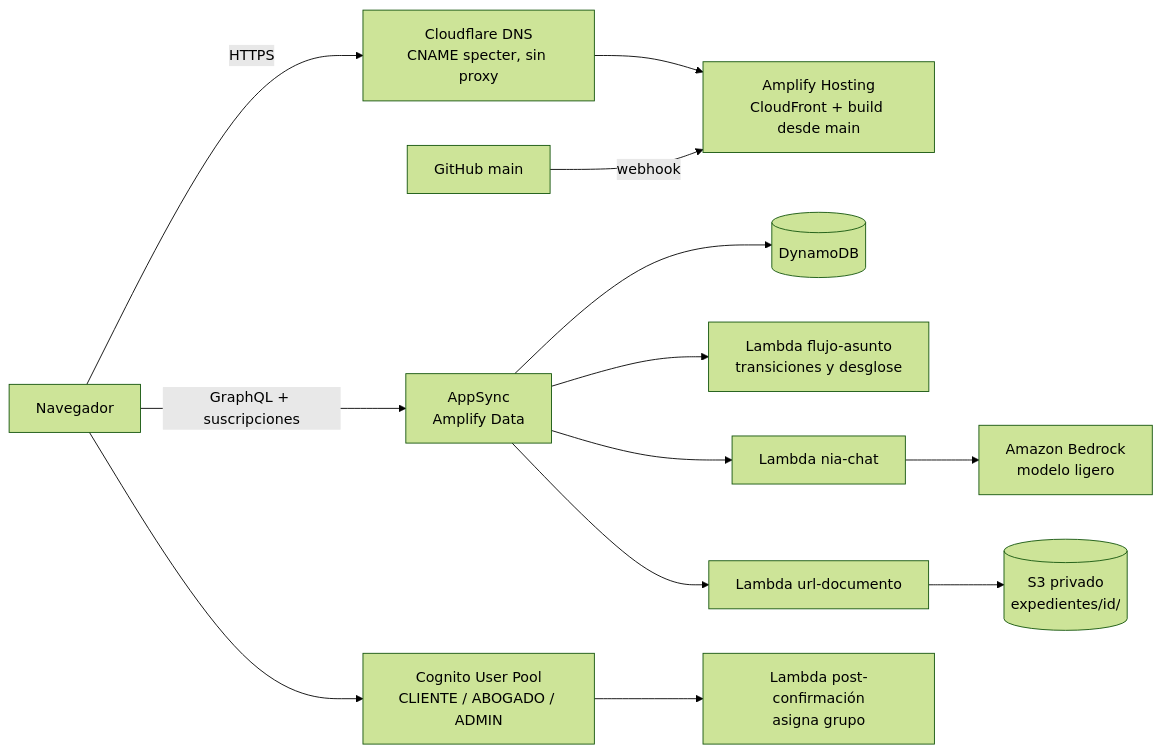
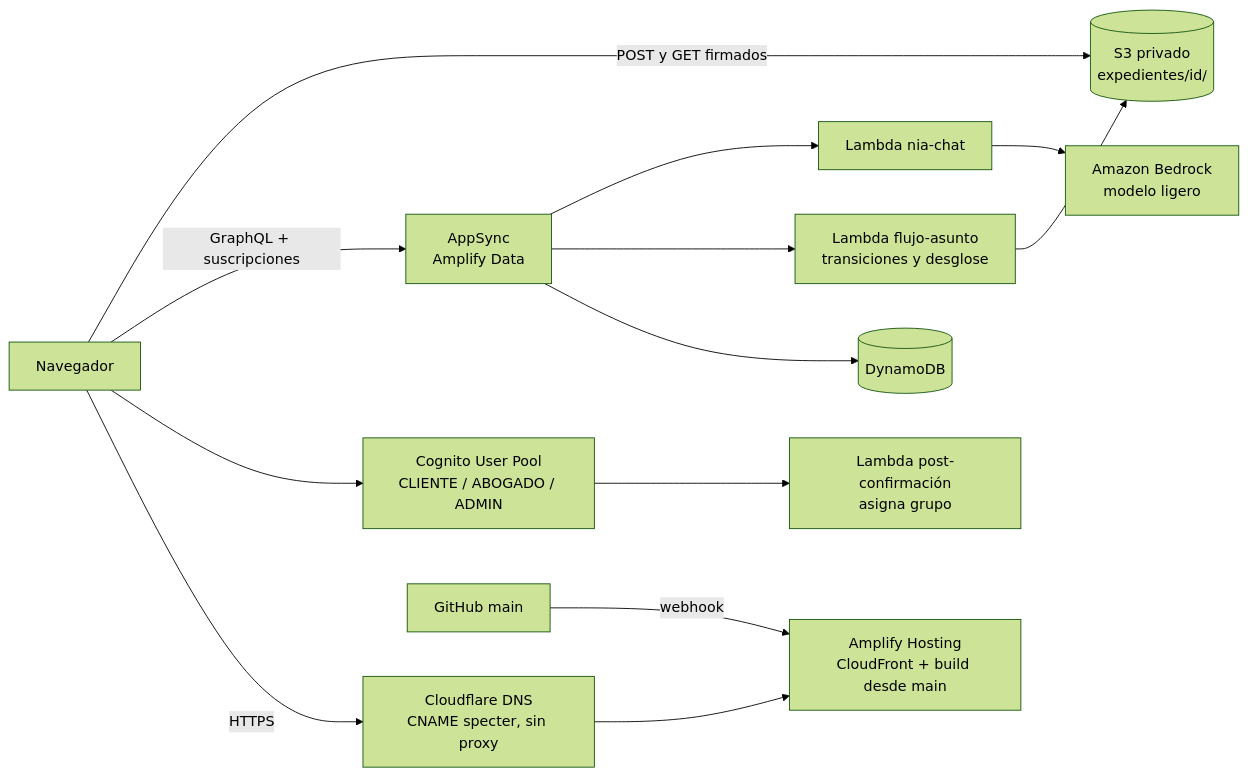
The first of 2 diagrams in docs/arquitectura/arquitectura.md (netfoor/specter), drawn with Mermaid (forest theme) before and after one commit. The commit also changed other lines of this file and 25 other files, not shown here.

````diff
--- a/docs/arquitectura/arquitectura.md
+++ b/docs/arquitectura/arquitectura.md
@@ -7,15 +7,15 @@
 ```mermaid
 flowchart LR
   U[Navegador] -->|HTTPS| CF[Cloudflare DNS<br/>CNAME specter, sin proxy]
   CF --> AH[Amplify Hosting<br/>CloudFront + build desde main]
   U --> COG[Cognito User Pool<br/>CLIENTE / ABOGADO / ADMIN]
   U -->|GraphQL + suscripciones| AS[AppSync<br/>Amplify Data]
   AS --> DDB[(DynamoDB)]
   AS --> LWF[Lambda flujo-asunto<br/>transiciones y desglose]
   AS --> LNIA[Lambda nia-chat]
   LNIA --> BR[Amazon Bedrock<br/>modelo ligero]
-  AS --> LDOC[Lambda url-documento]
-  LDOC --> S3[(S3 privado<br/>expedientes/id/)]
+  LWF --> S3[(S3 privado<br/>expedientes/id/)]
+  U -->|POST y GET firmados| S3
   COG --> LPC[Lambda post-confirmación<br/>asigna grupo]
   GH[GitHub main] -->|webhook| AH
 ```
````
